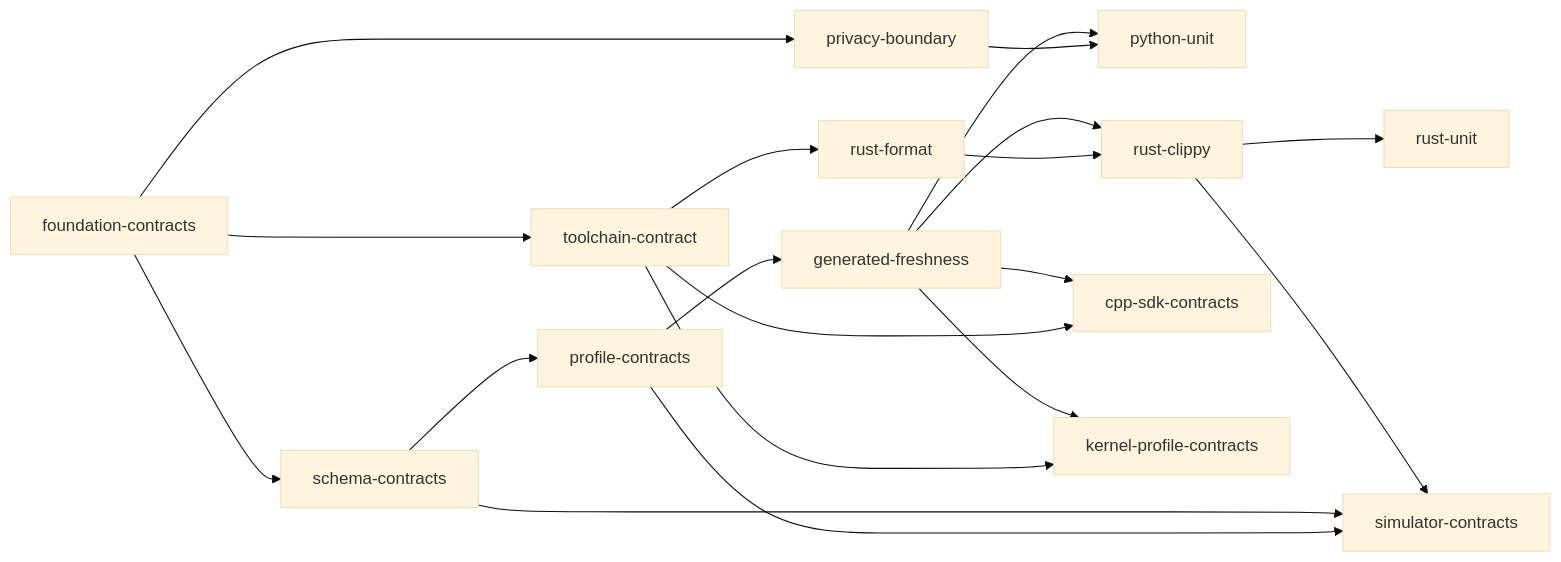
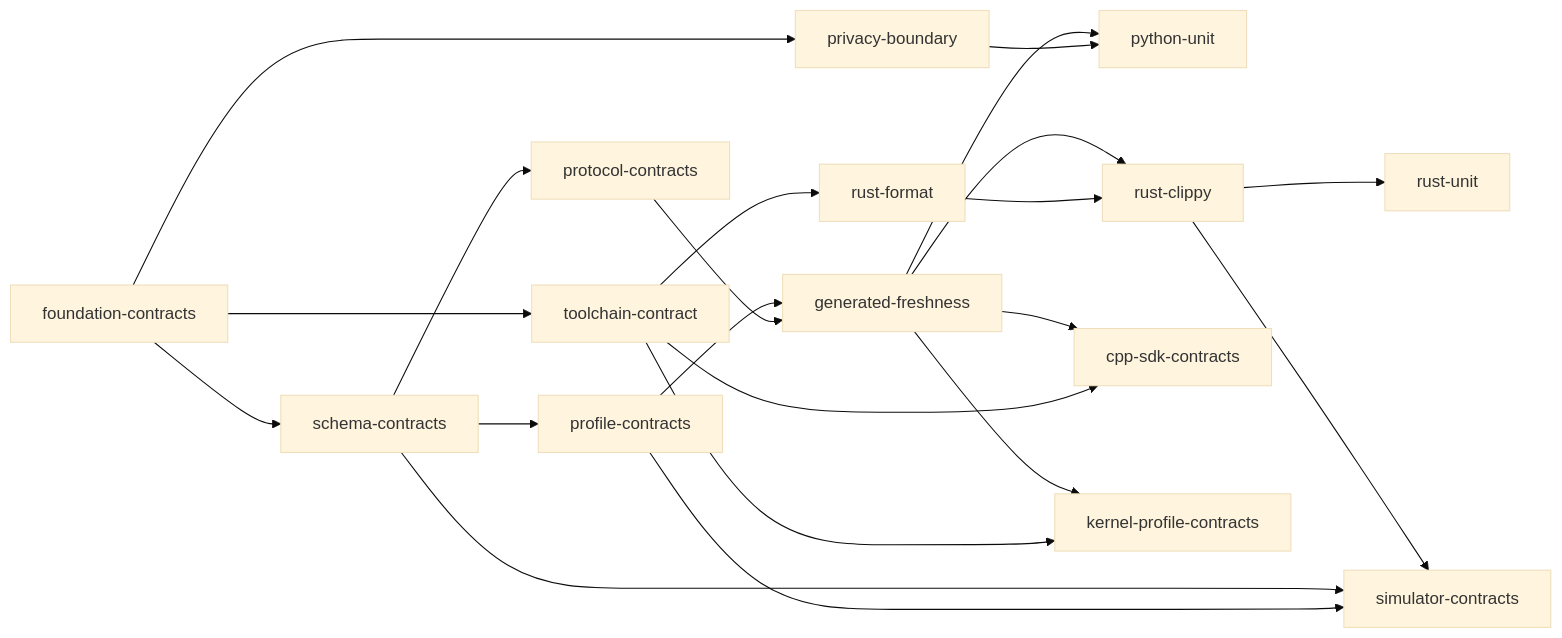
The diagram in docs/generated/verification.md (offalexjackson777-stack/hyperflux-next), drawn with Mermaid (base theme) before and after one commit. The commit also changed other lines of this file and 37 other files, not shown here.

````diff
--- a/docs/generated/verification.md
+++ b/docs/generated/verification.md
@@ -26,34 +27,37 @@
 ```mermaid
 flowchart LR
     foundation_contracts["foundation-contracts"]
     schema_contracts["schema-contracts"]
     privacy_boundary["privacy-boundary"]
     toolchain_contract["toolchain-contract"]
     profile_contracts["profile-contracts"]
+    protocol_contracts["protocol-contracts"]
     rust_format["rust-format"]
     generated_freshness["generated-freshness"]
     python_unit["python-unit"]
     rust_clippy["rust-clippy"]
     cpp_sdk_contracts["cpp-sdk-contracts"]
     kernel_profile_contracts["kernel-profile-contracts"]
     rust_unit["rust-unit"]
     simulator_contracts["simulator-contracts"]
     foundation_contracts --> schema_contracts
     foundation_contracts --> privacy_boundary
     foundation_contracts --> toolchain_contract
     schema_contracts --> profile_contracts
+    schema_contracts --> protocol_contracts
     toolchain_contract --> rust_format
     profile_contracts --> generated_freshness
+    protocol_contracts --> generated_freshness
     generated_freshness --> python_unit
     privacy_boundary --> python_unit
     generated_freshness --> rust_clippy
     rust_format --> rust_clippy
     generated_freshness --> cpp_sdk_contracts
     toolchain_contract --> cpp_sdk_contracts
     generated_freshness --> kernel_profile_contracts
     toolchain_contract --> kernel_profile_contracts
     rust_clippy --> rust_unit
     rust_clippy --> simulator_contracts
     schema_contracts --> simulator_contracts
     profile_contracts --> simulator_contracts
 ```
````
